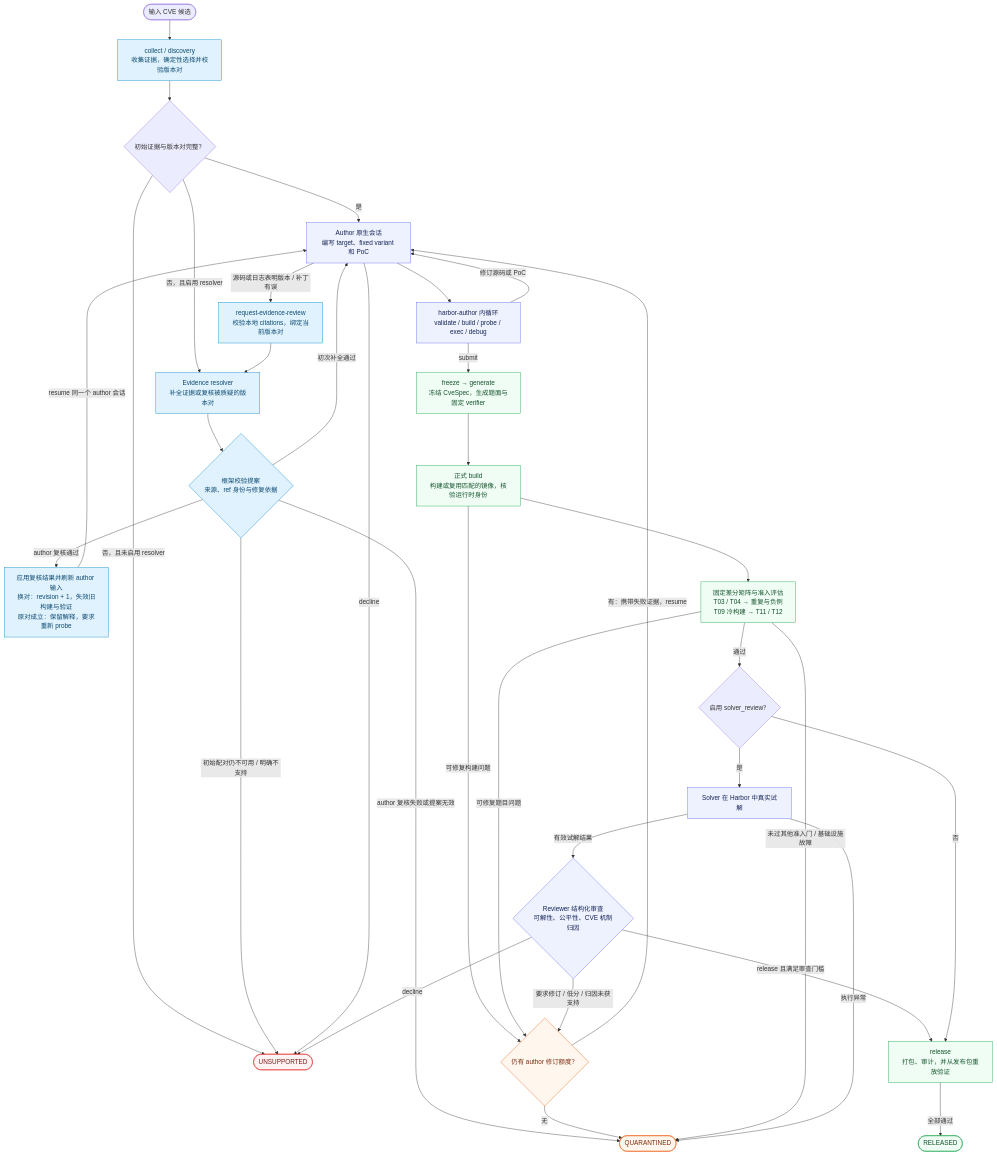
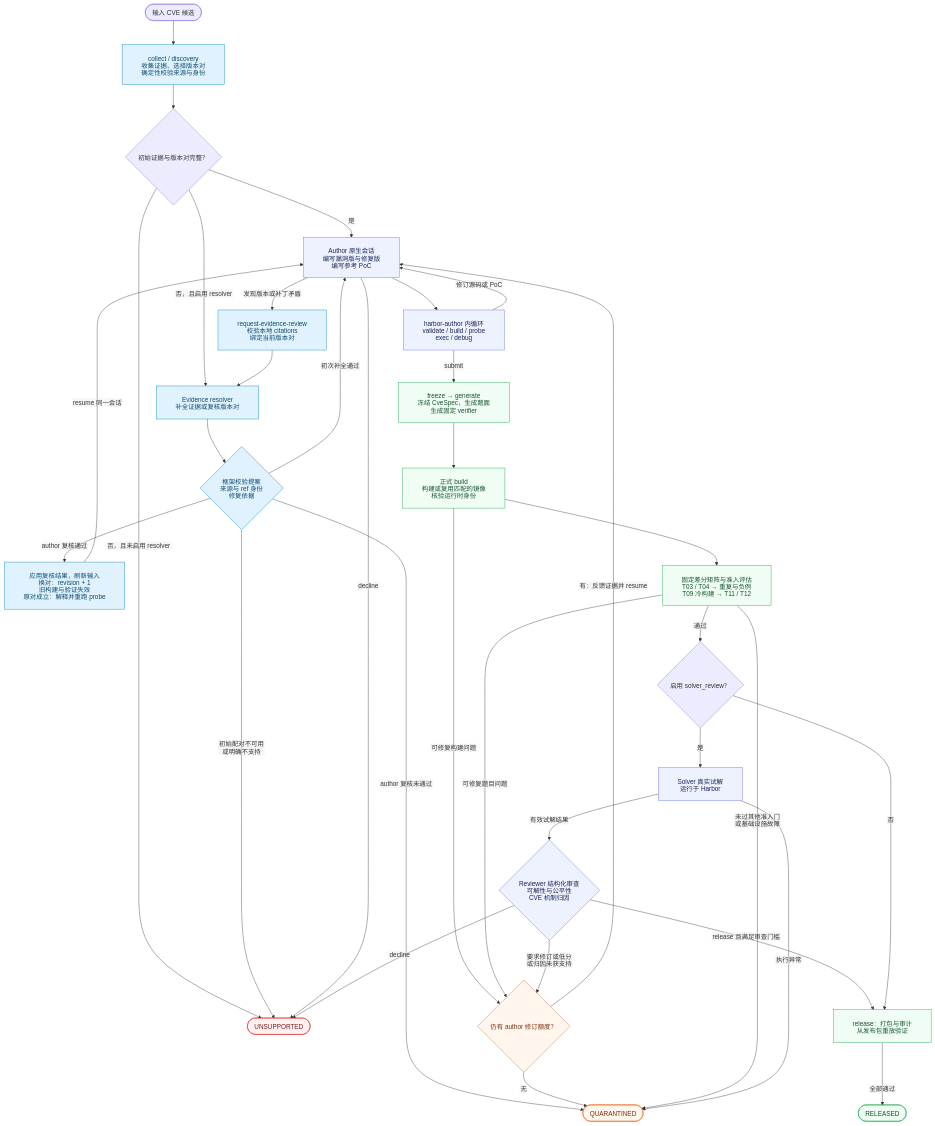
Before and after one commit to yuan1fan/harbor-pipeline: the diagram in README.md, drawn with Mermaid. The commit also changed other lines of this file, not shown here.

Commit message:
docs: fix workflow diagram label clipping

````diff
--- a/README.md
+++ b/README.md
@@ -17,50 +15,51 @@
 ```mermaid
+%%{init: {"htmlLabels": false, "flowchart": {"htmlLabels": false, "wrappingWidth": 240, "padding": 24, "nodeSpacing": 50, "rankSpacing": 60}}}%%
 flowchart TD
-    IN(["输入 CVE 候选"]) --> DISC["collect / discovery<br/>收集证据，确定性选择并校验版本对"]
+    IN(["输入 CVE 候选"]) --> DISC["collect / discovery<br/>收集证据、选择版本对<br/>确定性校验来源与身份"]
     DISC --> PAIR{"初始证据与版本对完整？"}
-    PAIR -->|"是"| AUTHOR["Author 原生会话<br/>编写 target、fixed variant 和 PoC"]
-    PAIR -->|"否，且启用 resolver"| RESOLVER["Evidence resolver<br/>补全证据或复核被质疑的版本对"]
+    PAIR -->|"是"| AUTHOR["Author 原生会话<br/>编写漏洞版与修复版<br/>编写参考 PoC"]
+    PAIR -->|"否，且启用 resolver"| RESOLVER["Evidence resolver<br/>补全证据或复核版本对"]
     PAIR -->|"否，且未启用 resolver"| UNSUPPORTED(["UNSUPPORTED"])
-    RESOLVER --> CHECK{"框架校验提案<br/>来源、ref 身份与修复依据"}
+    RESOLVER --> CHECK{"框架校验提案<br/>来源与 ref 身份<br/>修复依据"}
     CHECK -->|"初次补全通过"| AUTHOR
-    CHECK -->|"author 复核通过"| APPLY["应用复核结果并刷新 author 输入<br/>换对：revision + 1，失效旧构建与验证<br/>原对成立：保留解释，要求重新 probe"]
-    APPLY -->|"resume 同一个 author 会话"| AUTHOR
-    CHECK -->|"初始配对仍不可用 / 明确不支持"| UNSUPPORTED
-    CHECK -->|"author 复核失败或提案无效"| QUARANTINED(["QUARANTINED"])
+    CHECK -->|"author 复核通过"| APPLY["应用复核结果，刷新输入<br/>换对：revision + 1<br/>旧构建与验证失效<br/>原对成立：解释并重跑 probe"]
+    APPLY -->|"resume 同一会话"| AUTHOR
+    CHECK -->|"初始配对不可用<br/>或明确不支持"| UNSUPPORTED
+    CHECK -->|"author 复核未通过"| QUARANTINED(["QUARANTINED"])
 
-    AUTHOR --> LOCAL["harbor-author 内循环<br/>validate / build / probe / exec / debug"]
+    AUTHOR --> LOCAL["harbor-author 内循环<br/>validate / build / probe<br/>exec / debug"]
     LOCAL -->|"修订源码或 PoC"| AUTHOR
-    AUTHOR -->|"源码或日志表明版本 / 补丁有误"| REQUEST["request-evidence-review<br/>校验本地 citations，绑定当前版本对"]
+    AUTHOR -->|"发现版本或补丁矛盾"| REQUEST["request-evidence-review<br/>校验本地 citations<br/>绑定当前版本对"]
     REQUEST --> RESOLVER
     AUTHOR -->|"decline"| UNSUPPORTED
-    LOCAL -->|"submit"| FREEZE["freeze → generate<br/>冻结 CveSpec，生成题面与固定 verifier"]
+    LOCAL -->|"submit"| FREEZE["freeze → generate<br/>冻结 CveSpec，生成题面<br/>生成固定 verifier"]
 
-    FREEZE --> BUILD["正式 build<br/>构建或复用匹配的镜像，核验运行时身份"]
+    FREEZE --> BUILD["正式 build<br/>构建或复用匹配的镜像<br/>核验运行时身份"]
     BUILD --> MATRIX["固定差分矩阵与准入评估<br/>T03 / T04 → 重复与负例<br/>T09 冷构建 → T11 / T12"]
     BUILD -->|"可修复构建问题"| REPAIR{"仍有 author 修订额度？"}
     MATRIX -->|"可修复题目问题"| REPAIR
-    REPAIR -->|"有：携带失败证据，resume"| AUTHOR
+    REPAIR -->|"有：反馈证据并 resume"| AUTHOR
     REPAIR -->|"无"| QUARANTINED
-    MATRIX -->|"未过其他准入门 / 基础设施故障"| QUARANTINED
+    MATRIX -->|"未过其他准入门<br/>或基础设施故障"| QUARANTINED
 
     MATRIX -->|"通过"| SOLVER_ON{"启用 solver_review？"}
-    SOLVER_ON -->|"是"| SOLVER["Solver 在 Harbor 中真实试解"]
-    SOLVER -->|"有效试解结果"| REVIEW{"Reviewer 结构化审查<br/>可解性、公平性、CVE 机制归因"}
+    SOLVER_ON -->|"是"| SOLVER["Solver 真实试解<br/>运行于 Harbor"]
+    SOLVER -->|"有效试解结果"| REVIEW{"Reviewer 结构化审查<br/>可解性与公平性<br/>CVE 机制归因"}
     SOLVER -->|"执行异常"| QUARANTINED
-    REVIEW -->|"要求修订 / 低分 / 归因未获支持"| REPAIR
+    REVIEW -->|"要求修订或低分<br/>或归因未获支持"| REPAIR
     REVIEW -->|"decline"| UNSUPPORTED
-    REVIEW -->|"release 且满足审查门槛"| RELEASE["release<br/>打包、审计，并从发布包重放验证"]
+    REVIEW -->|"release 且满足审查门槛"| RELEASE["release：打包与审计<br/>从发布包重放验证"]
     SOLVER_ON -->|"否"| RELEASE
     RELEASE -->|"全部通过"| DONE(["RELEASED"])
 
     classDef agent fill:#eef2ff,stroke:#6366f1,color:#172554
     classDef evidence fill:#e0f2fe,stroke:#0284c7,color:#0c4a6e
     classDef check fill:#f0fdf4,stroke:#16a34a,color:#14532d
     classDef pending fill:#fff7ed,stroke:#ea580c,color:#7c2d12
     classDef terminal fill:#fef2f2,stroke:#dc2626,color:#7f1d1d
     class AUTHOR,LOCAL,SOLVER,REVIEW agent
     class DISC,RESOLVER,CHECK,REQUEST,APPLY evidence
     class FREEZE,BUILD,MATRIX,RELEASE,DONE check
     class REPAIR,QUARANTINED pending
     class UNSUPPORTED terminal
 ```
````
